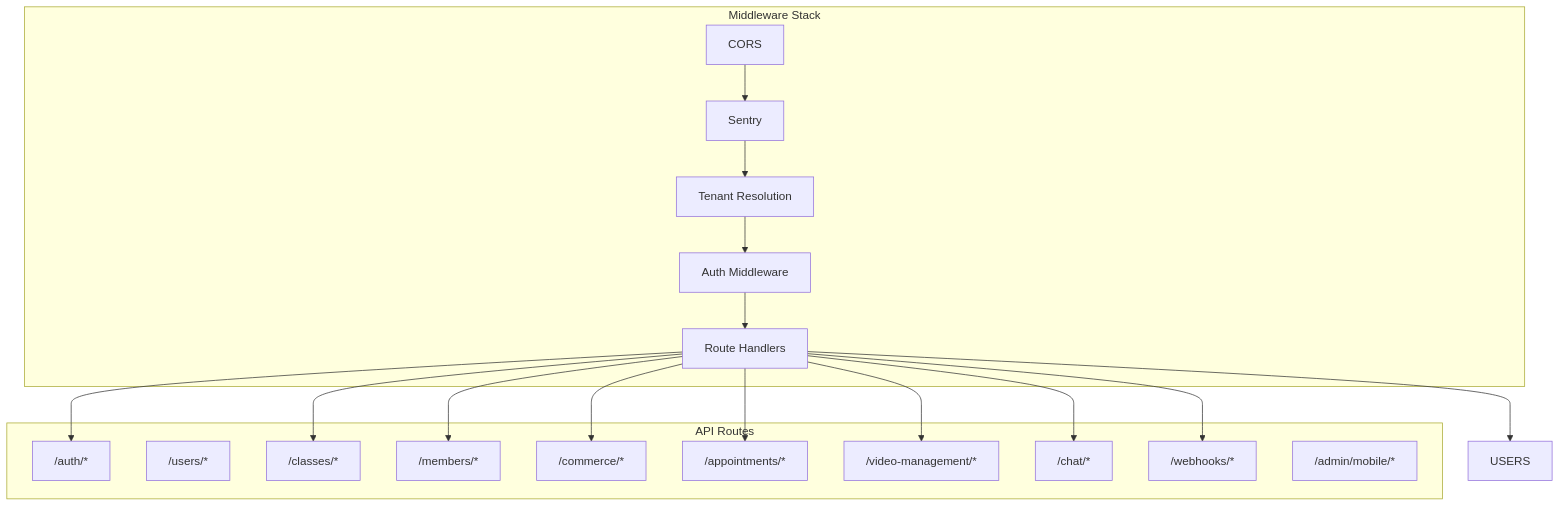
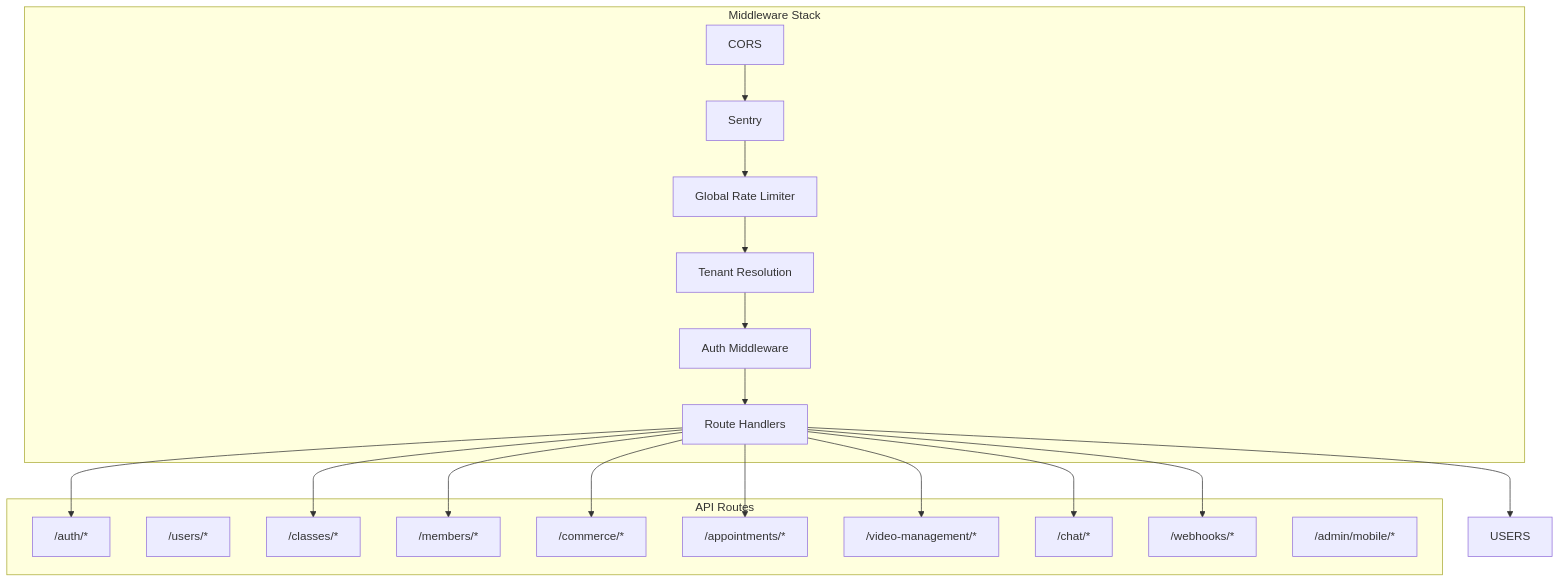
Before and after one commit to slichti/studio-platform-dev: the fourth of 5 diagrams in docs/architecture.md, drawn with Mermaid. The commit also changed other lines of this file and 8 other files, not shown here.

````diff
--- a/docs/architecture.md
+++ b/docs/architecture.md
@@ -133,32 +140,33 @@
 ```mermaid
 flowchart TB
     subgraph "API Routes"
         AUTH["/auth/*"]
         USER["/users/*"]
         CLASSES["/classes/*"]
         MEMBERS["/members/*"]
         COMMERCE["/commerce/*"]
         APPOINTMENTS["/appointments/*"]
         VIDEO["/video-management/*"]
         CHAT["/chat/*"]
         WEBHOOKS["/webhooks/*"]
         ADMIN_MOBILE["/admin/mobile/*"]
     end
 
     subgraph "Middleware Stack"
         CORS[CORS] --> SENTRY[Sentry]
-        SENTRY --> TENANT[Tenant Resolution]
+        SENTRY --> RATELIMIT[Global Rate Limiter]
+        RATELIMIT --> TENANT[Tenant Resolution]
         TENANT --> AUTHMW[Auth Middleware]
         AUTHMW --> ROUTES[Route Handlers]
     end
 
     ROUTES --> AUTH
     ROUTES --> USERS
     ROUTES --> CLASSES
     ROUTES --> MEMBERS
     ROUTES --> COMMERCE
     ROUTES --> APPOINTMENTS
     ROUTES --> VIDEO
     ROUTES --> CHAT
     ROUTES --> WEBHOOKS
 ```
````
